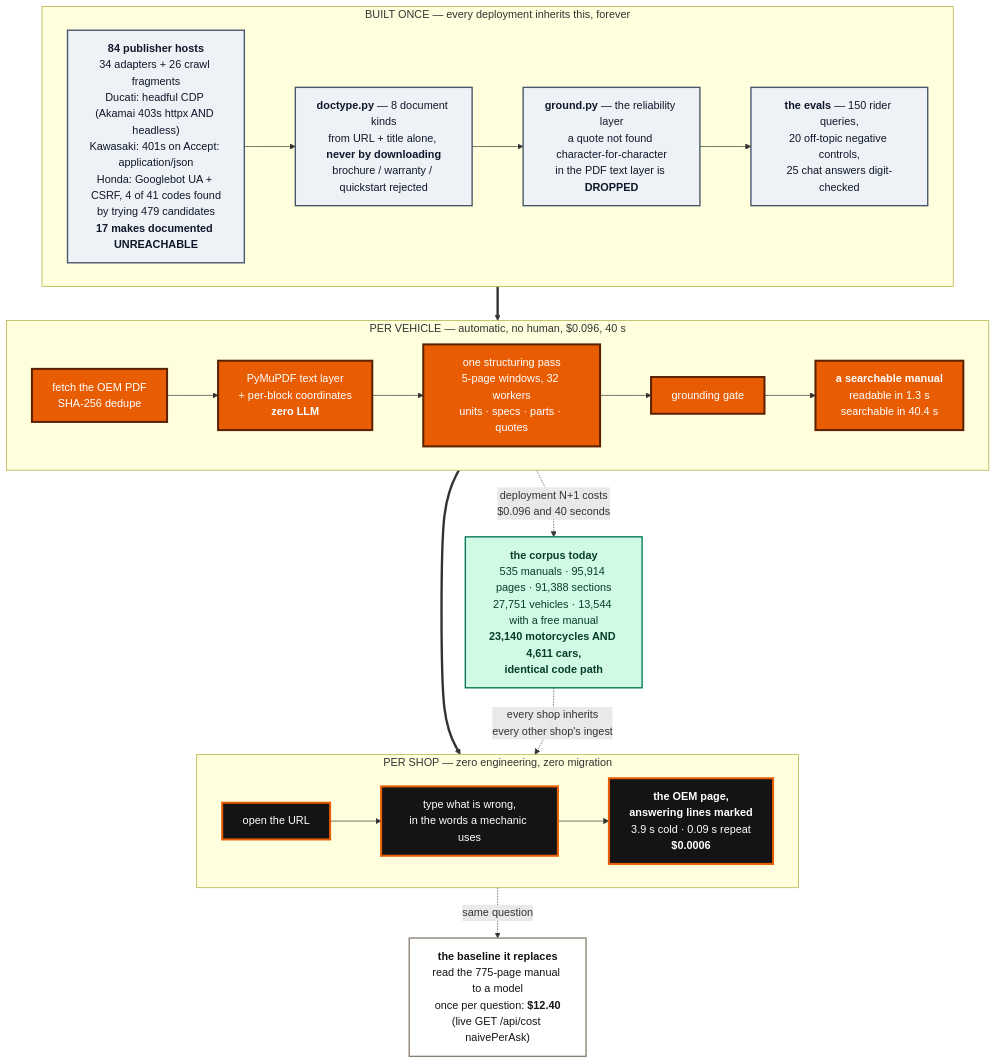
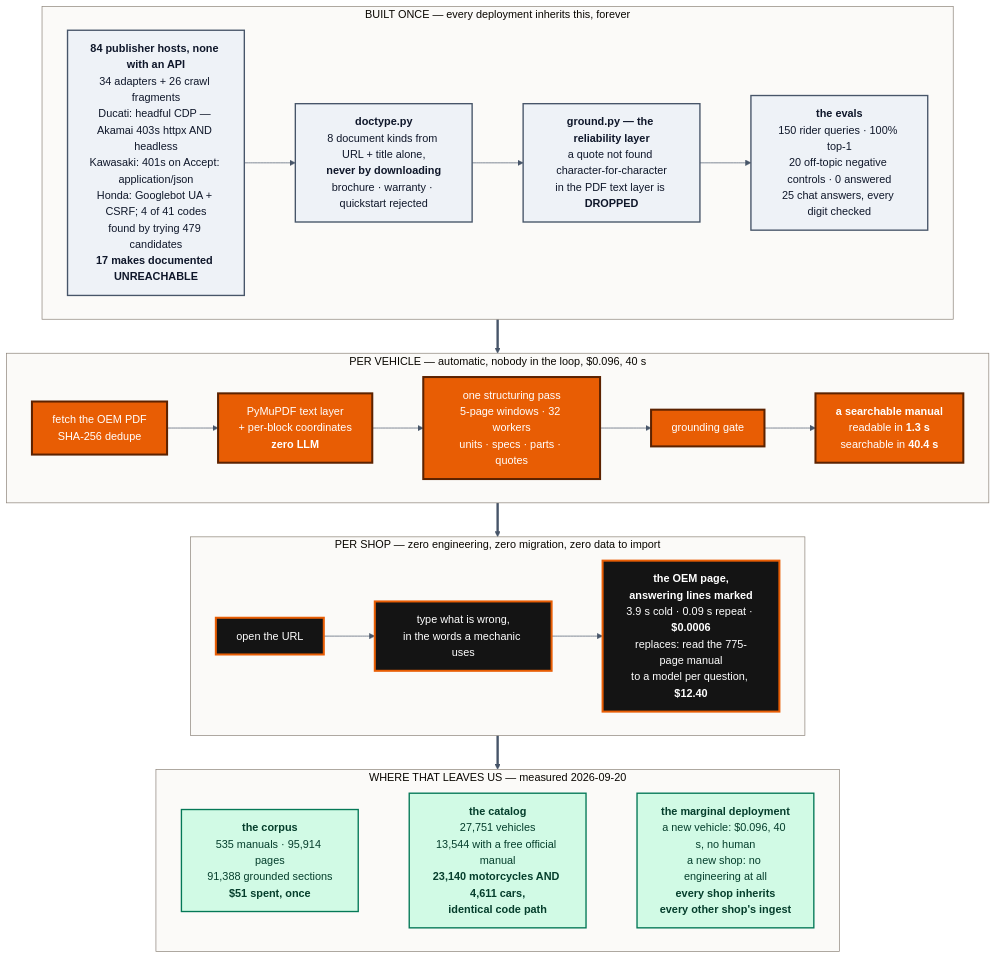
One commit to lxorb/mechanica changed the diagram in docs/pitches/long-lake.md. Above: the diagram before and after it, drawn with Mermaid. The commit also changed other lines of this file and 9 other files, not shown here.

````diff
--- a/docs/pitches/long-lake.md
+++ b/docs/pitches/long-lake.md
@@ -163,42 +167,41 @@
 ```mermaid
+%%{init: {"theme":"base","themeVariables":{"fontFamily":"system-ui, -apple-system, Segoe UI, sans-serif","clusterBkg":"#fbfaf8","clusterBorder":"#8a8177","lineColor":"#475569"}}}%%
 flowchart TB
   subgraph ONCE["BUILT ONCE — every deployment inherits this, forever"]
     direction LR
-    AD["<b>84 publisher hosts</b><br/>34 adapters + 26 crawl fragments<br/>Ducati: headful CDP (Akamai 403s httpx AND headless)<br/>Kawasaki: 401s on Accept: application/json<br/>Honda: Googlebot UA + CSRF, 4 of 41 codes found<br/>by trying 479 candidates<br/><b>17 makes documented UNREACHABLE</b>"]
-    DOC["<b>doctype.py</b> — 8 document kinds<br/>from URL + title alone, <b>never by downloading</b><br/>brochure / warranty / quickstart rejected"]
-    GRD["<b>ground.py</b> — the reliability layer<br/>a quote not found character-for-character<br/>in the PDF text layer is <b>DROPPED</b>"]
-    EVAL["<b>the evals</b> — 150 rider queries,<br/>20 off-topic negative controls,<br/>25 chat answers digit-checked"]
+    AD["<b>84 publisher hosts, none with an API</b><br/>34 adapters + 26 crawl fragments<br/>Ducati: headful CDP — Akamai 403s httpx AND headless<br/>Kawasaki: 401s on Accept: application/json<br/>Honda: Googlebot UA + CSRF; 4 of 41 codes<br/>found by trying 479 candidates<br/><b>17 makes documented UNREACHABLE</b>"]
+    DOC["<b>doctype.py</b><br/>8 document kinds from URL + title alone,<br/><b>never by downloading</b><br/>brochure · warranty · quickstart rejected"]
+    GRD["<b>ground.py — the reliability layer</b><br/>a quote not found character-for-character<br/>in the PDF text layer is <b>DROPPED</b>"]
+    EVAL["<b>the evals</b><br/>150 rider queries · 100% top-1<br/>20 off-topic negative controls · 0 answered<br/>25 chat answers, every digit checked"]
     AD --> DOC --> GRD --> EVAL
   end
 
-  subgraph PERV["PER VEHICLE — automatic, no human, $0.096, 40 s"]
+  subgraph PERV["PER VEHICLE — automatic, nobody in the loop, $0.096, 40 s"]
     direction LR
-    F["fetch the OEM PDF<br/>SHA-256 dedupe"] --> T["PyMuPDF text layer<br/>+ per-block coordinates<br/><b>zero LLM</b>"] --> S["one structuring pass<br/>5-page windows, 32 workers<br/>units · specs · parts · quotes"] --> G2["grounding gate"] --> M["<b>a searchable manual</b><br/>readable in 1.3 s<br/>searchable in 40.4 s"]
+    F["fetch the OEM PDF<br/>SHA-256 dedupe"] --> T["PyMuPDF text layer<br/>+ per-block coordinates<br/><b>zero LLM</b>"] --> S["one structuring pass<br/>5-page windows · 32 workers<br/>units · specs · parts · quotes"] --> G2["grounding gate"] --> M["<b>a searchable manual</b><br/>readable in <b>1.3 s</b><br/>searchable in <b>40.4 s</b>"]
   end
 
-  subgraph PERS["PER SHOP — zero engineering, zero migration"]
+  subgraph PERS["PER SHOP — zero engineering, zero migration, zero data to import"]
     direction LR
-    U["open the URL"] --> Q["type what is wrong,<br/>in the words a mechanic uses"] --> R["<b>the OEM page,<br/>answering lines marked</b><br/>3.9 s cold · 0.09 s repeat<br/><b>$0.0006</b>"]
+    U["open the URL"] --> Q["type what is wrong,<br/>in the words a mechanic uses"] --> R["<b>the OEM page,<br/>answering lines marked</b><br/>3.9 s cold · 0.09 s repeat · <b>$0.0006</b><br/>replaces: read the 775-page manual<br/>to a model per question, <b>$12.40</b>"]
   end
 
-  ONCE ==> PERV
-  PERV ==> PERS
+  subgraph NOW["WHERE THAT LEAVES US — measured 2026-09-20  "]
+    direction LR
+    C1["<b>the corpus</b><br/>535 manuals · 95,914 pages<br/>91,388 grounded sections<br/><b>$51 spent, once</b>"]
+    C2["<b>the catalog</b><br/>27,751 vehicles<br/>13,544 with a free official manual<br/><b>23,140 motorcycles AND 4,611 cars,<br/>identical code path</b>"]
+    C3["<b>the marginal deployment</b><br/>a new vehicle: $0.096, 40 s, no human<br/>a new shop: no engineering at all<br/><b>every shop inherits<br/>every other shop's ingest</b>"]
+    C1 ~~~ C2 ~~~ C3
+  end
 
-  CORP["<b>the corpus today</b><br/>535 manuals · 95,914 pages · 91,388 sections<br/>27,751 vehicles · 13,544 with a free manual<br/><b>23,140 motorcycles AND 4,611 cars,<br/>identical code path</b>"]
-  PERV -.->|"deployment N+1 costs<br/>$0.096 and 40 seconds"| CORP
-  CORP -.->|"every shop inherits<br/>every other shop's ingest"| PERS
-
-  BASE["<b>the baseline it replaces</b><br/>read the 775-page manual to a model<br/>once per question: <b>$12.40</b><br/>(live GET /api/cost naivePerAsk)"]
-  R -.->|"same question"| BASE
+  ONCE ==> PERV ==> PERS ==> NOW
 
   classDef once fill:#eef2f7,stroke:#475569,stroke-width:2px,color:#0f172a
   classDef perv fill:#e85d04,stroke:#5c2200,stroke-width:3px,color:#ffffff
   classDef pers fill:#141414,stroke:#e85d04,stroke-width:3px,color:#ffffff
   classDef corp fill:#d1fae5,stroke:#047857,stroke-width:2px,color:#053e2c
-  classDef base fill:#ffffff,stroke:#8a8177,stroke-width:2px,color:#141414
   class AD,DOC,GRD,EVAL once
   class F,T,S,G2,M perv
   class U,Q,R pers
-  class CORP corp
-  class BASE base
+  class C1,C2,C3 corp
 ```
````
